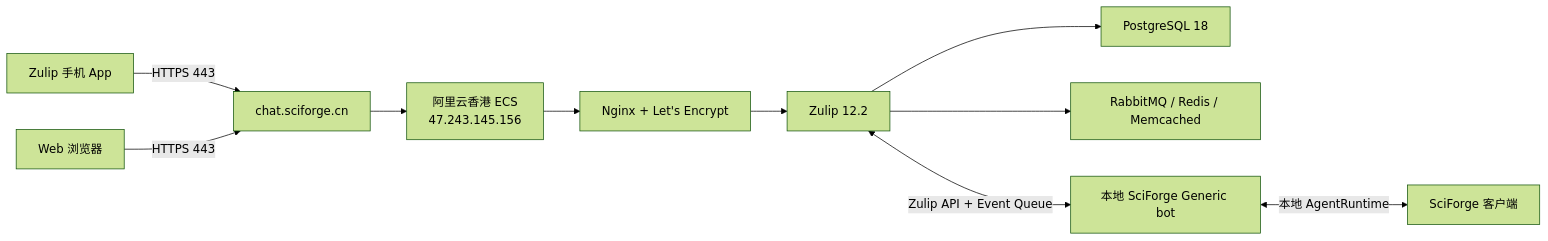
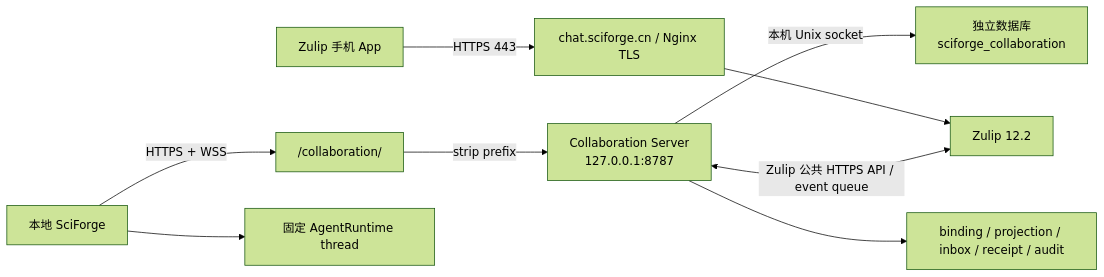
One commit to AGI4Sci/SciForge changed the diagram in docs/operations/zulip-aliyun-deployment.zh-CN.md. Above: the diagram before and after it, drawn with Mermaid (forest theme). The commit also changed other lines of this file and 310 other files, not shown here.

````diff
--- a/docs/operations/zulip-aliyun-deployment.zh-CN.md
+++ b/docs/operations/zulip-aliyun-deployment.zh-CN.md
@@ -60,12 +115,11 @@
 ```mermaid
 flowchart LR
-    Phone["Zulip 手机 App"] -->|"HTTPS 443"| DNS["chat.sciforge.cn"]
-    Browser["Web 浏览器"] -->|"HTTPS 443"| DNS
-    DNS --> ECS["阿里云香港 ECS\n47.243.145.156"]
-    ECS --> Nginx["Nginx + Let's Encrypt"]
+    Phone["Zulip 手机 App"] -->|"HTTPS 443"| Nginx["chat.sciforge.cn / Nginx TLS"]
+    Desktop["本地 SciForge"] -->|"HTTPS + WSS"| CollabPath["/collaboration/"]
     Nginx --> Zulip["Zulip 12.2"]
-    Zulip --> PG["PostgreSQL 18"]
-    Zulip --> MQ["RabbitMQ / Redis / Memcached"]
-    Zulip <-->|"Zulip API + Event Queue"| Bot["本地 SciForge Generic bot"]
-    Bot <-->|"本地 AgentRuntime"| Desktop["SciForge 客户端"]
+    CollabPath -->|"strip prefix"| Service["Collaboration Server\n127.0.0.1:8787"]
+    Service -->|"本机 Unix socket"| CollabDB["独立数据库\nsciforge_collaboration"]
+    Service <-->|"Zulip 公共 HTTPS API / event queue"| Zulip
+    Service --> Queue["binding / projection / inbox / receipt / audit"]
+    Desktop --> Runtime["固定 AgentRuntime thread"]
 ```
````
